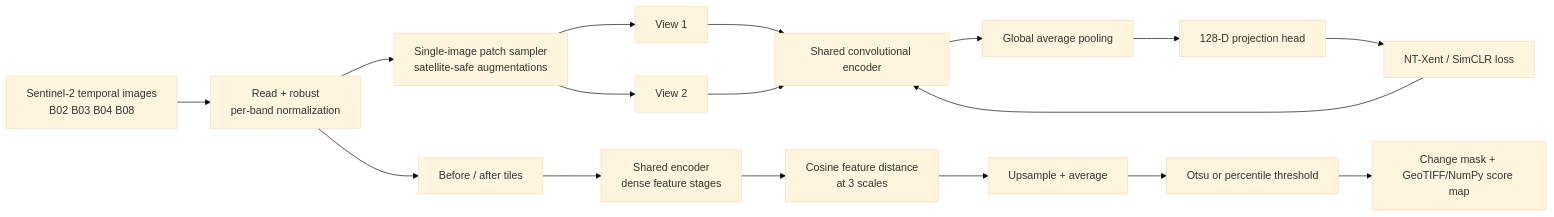
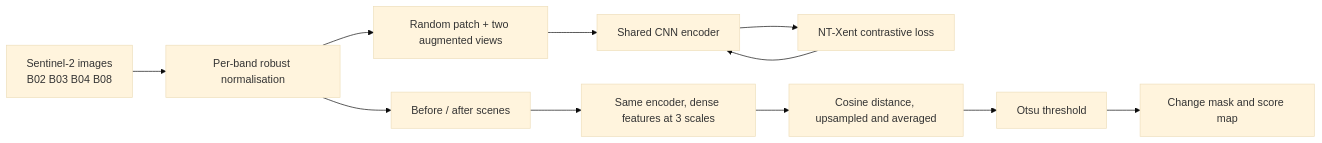
Before and after one commit to inshal8717/self-supervised-satellite-change-detection-train: the diagram in README.md, drawn with Mermaid (base theme). The commit also changed other lines of this file and 10 other files, not shown here.

````diff
--- a/README.md
+++ b/README.md
@@ -15,20 +32,14 @@
 ```mermaid
 flowchart LR
-    A[Sentinel-2 temporal images<br/>B02 B03 B04 B08] --> B[Read + robust<br/>per-band normalization]
-    B --> C[Single-image patch sampler<br/>satellite-safe augmentations]
-    C --> D1[View 1]
-    C --> D2[View 2]
-    D1 --> E[Shared convolutional encoder]
-    D2 --> E
-    E --> F[Global average pooling]
-    F --> G[128-D projection head]
-    G --> H[NT-Xent / SimCLR loss]
+    A[Sentinel-2 images<br/>B02 B03 B04 B08] --> B[Per-band robust normalisation]
+    B --> C[Random patch + two augmented views]
+    C --> E[Shared CNN encoder]
+    E --> H[NT-Xent contrastive loss]
     H --> E
 
-    B --> I[Before / after tiles]
-    I --> J[Shared encoder<br/>dense feature stages]
-    J --> K[Cosine feature distance<br/>at 3 scales]
-    K --> L[Upsample + average]
-    L --> M[Otsu or percentile threshold]
-    M --> O[Change mask + GeoTIFF/NumPy score map]
+    B --> I[Before / after scenes]
+    I --> J[Same encoder, dense features at 3 scales]
+    J --> K[Cosine distance, upsampled and averaged]
+    K --> L[Otsu threshold]
+    L --> M[Change mask and score map]
 ```
````
